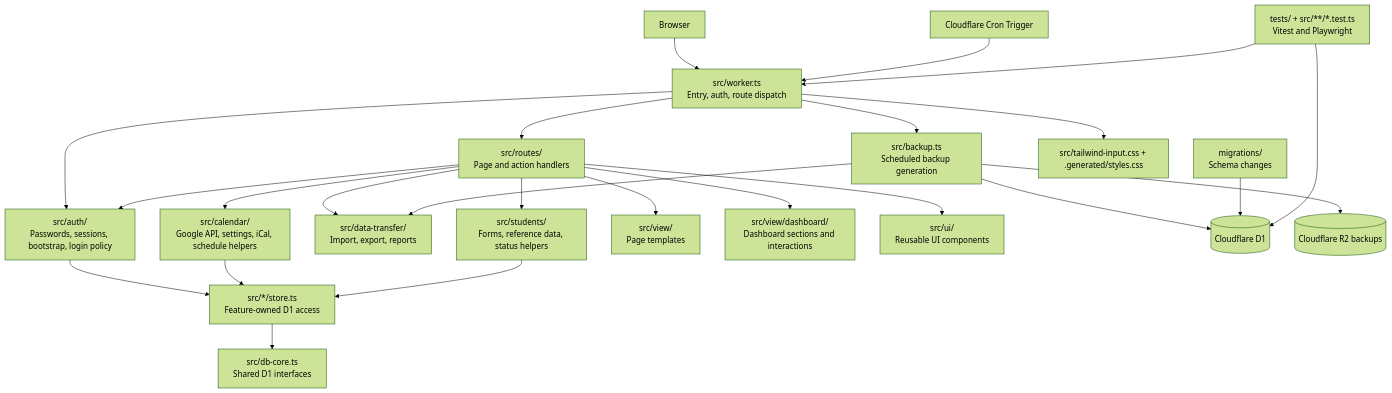
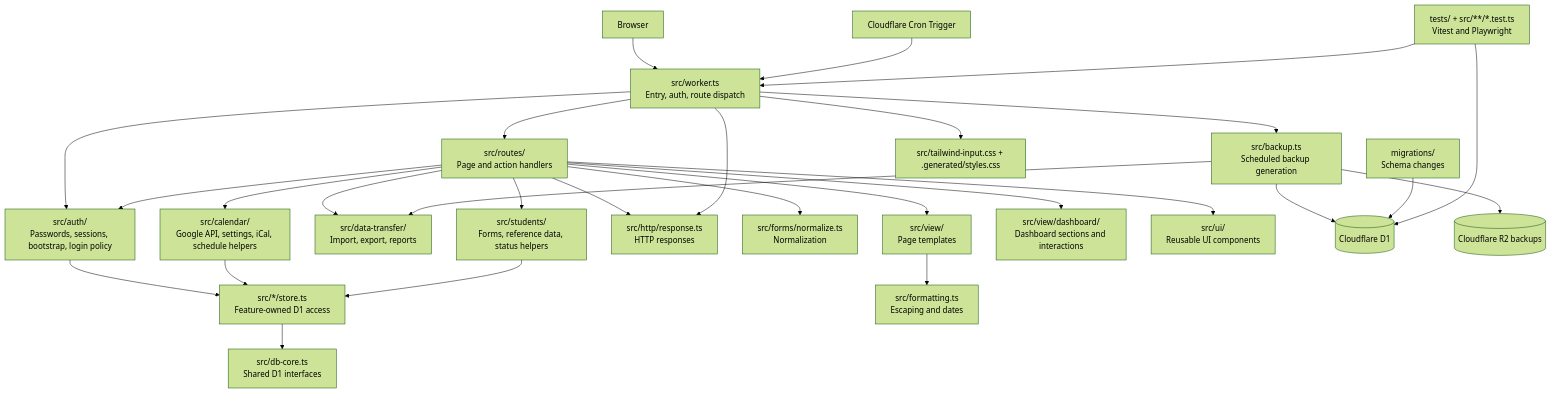
The diagram in docs/project-structure.md (bebraw/thesis-journey-tracker), drawn with Mermaid (forest theme) before and after one commit. The commit also changed other lines of this file and 34 other files, not shown here.

````diff
--- a/docs/project-structure.md
+++ b/docs/project-structure.md
@@ -37,46 +40,53 @@
 ```mermaid
 graph TD
     Browser[Browser]
     Worker[src/worker.ts<br/>Entry, auth, route dispatch]
     Routes[src/routes/<br/>Page and action handlers]
     Auth[src/auth/<br/>Passwords, sessions, bootstrap, login policy]
     Calendar[src/calendar/<br/>Google API, settings, iCal, schedule helpers]
     DataTransfer[src/data-transfer/<br/>Import, export, reports]
     Students[src/students/<br/>Forms, reference data, status helpers]
     Stores[src/*/store.ts<br/>Feature-owned D1 access]
     DBCore[src/db-core.ts<br/>Shared D1 interfaces]
+    Http[src/http/response.ts<br/>HTTP responses]
+    Forms[src/forms/normalize.ts<br/>Normalization]
+    Formatting[src/formatting.ts<br/>Escaping and dates]
     Views[src/view/<br/>Page templates]
     Dashboard[src/view/dashboard/<br/>Dashboard sections and interactions]
     UI[src/ui/<br/>Reusable UI components]
     Backup[src/backup.ts<br/>Scheduled backup generation]
     D1[(Cloudflare D1)]
     R2[(Cloudflare R2 backups)]
     Migrations[migrations/<br/>Schema changes]
     Tests[tests/ + src/**/*.test.ts<br/>Vitest and Playwright]
     CSS[src/tailwind-input.css + .generated/styles.css]
     Cron[Cloudflare Cron Trigger]
 
     Browser --> Worker
     Worker --> Routes
     Worker --> Auth
     Routes --> Views
     Routes --> Dashboard
     Routes --> UI
     Routes --> Auth
     Routes --> Calendar
     Routes --> DataTransfer
     Routes --> Students
+    Routes --> Http
+    Routes --> Forms
     Auth --> Stores
     Calendar --> Stores
     Students --> Stores
     Stores --> DBCore
+    Views --> Formatting
     Worker --> Backup
+    Worker --> Http
     Worker --> CSS
     Cron --> Worker
     Backup --> D1
     Backup --> R2
     Backup --> DataTransfer
     Migrations --> D1
     Tests --> Worker
     Tests --> D1
 ```
````
